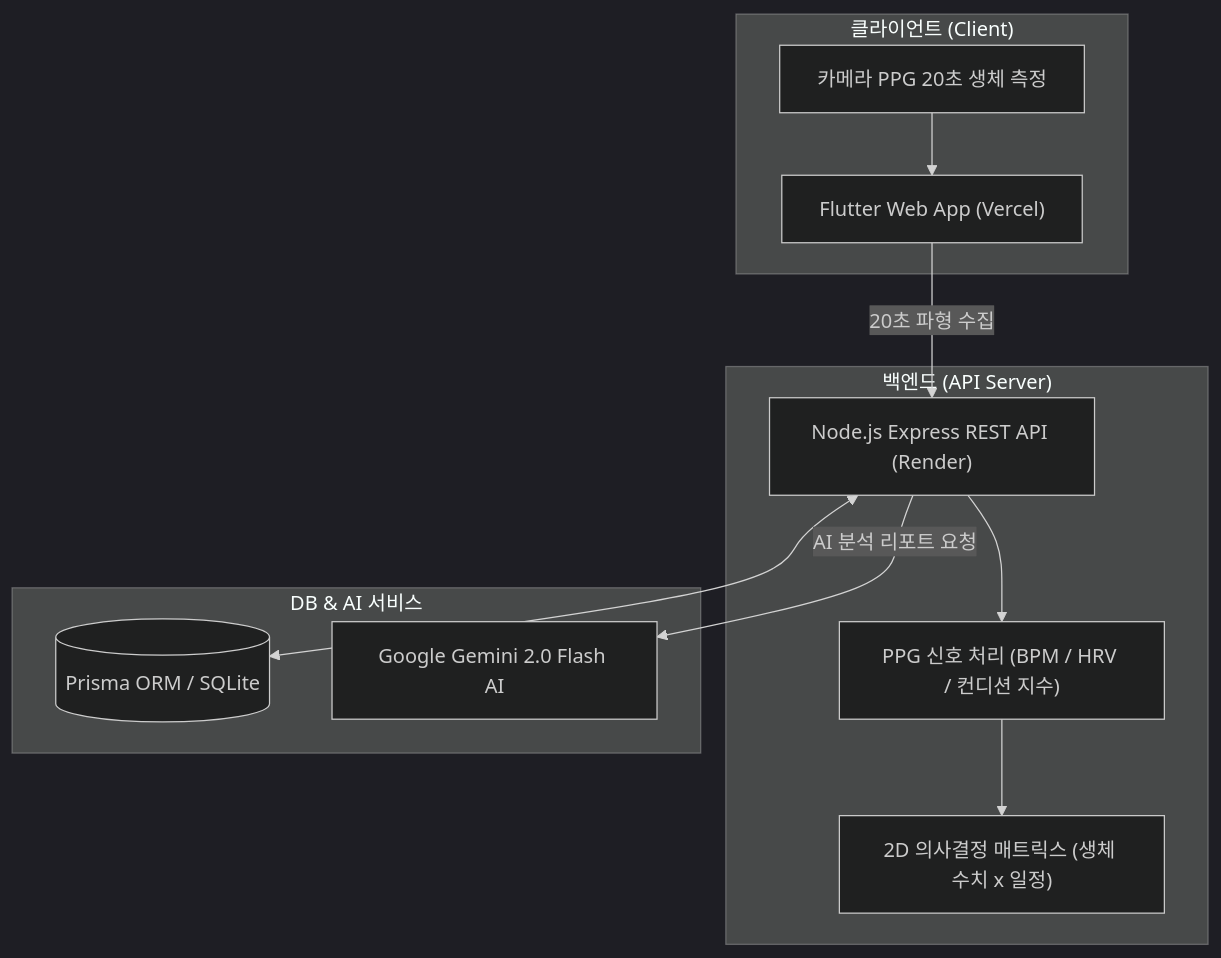
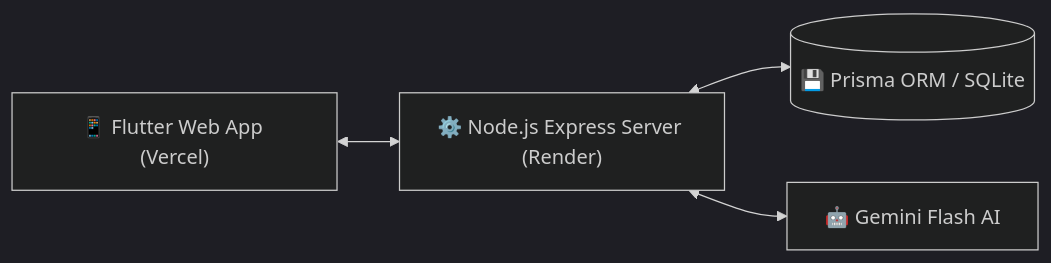
The first of 2 diagrams in README.md (yelimk/bpace), drawn with Mermaid (dark theme) before and after one commit. The commit also changed other lines of this file, not shown here.

Commit message:
docs: simplify system architecture and detail user flow in README

````diff
--- a/README.md
+++ b/README.md
@@ -133,25 +133,6 @@
 ```mermaid
-graph TD
-    subgraph Client ["클라이언트 (Client)"]
-        UI["Flutter Web App (Vercel)"]
-        PPG["카메라 PPG 20초 생체 측정"]
-    end
-
-    subgraph Server ["백엔드 (API Server)"]
-        API["Node.js Express REST API (Render)"]
-        Calc["PPG 신호 처리 (BPM / HRV / 컨디션 지수)"]
-        Matrix["2D 의사결정 매트릭스 (생체 수치 x 일정)"]
-    end
-
-    subgraph Infra ["DB & AI 서비스"]
-        DB[(Prisma ORM / SQLite)]
-        Gemini["Google Gemini 2.0 Flash AI"]
-    end
-
-    UI -->|20초 파형 수집| API
-    PPG --> UI
-    API --> Calc
-    Calc --> Matrix
-    API <--> DB
-    API -->|AI 분석 리포트 요청| Gemini
+graph LR
+    Client["📱 Flutter Web App (Vercel)"] <--> Server["⚙️ Node.js Express Server (Render)"]
+    Server <--> DB[(💾 Prisma ORM / SQLite)]
+    Server <--> AI["🤖 Gemini Flash AI"]
 ```
````
